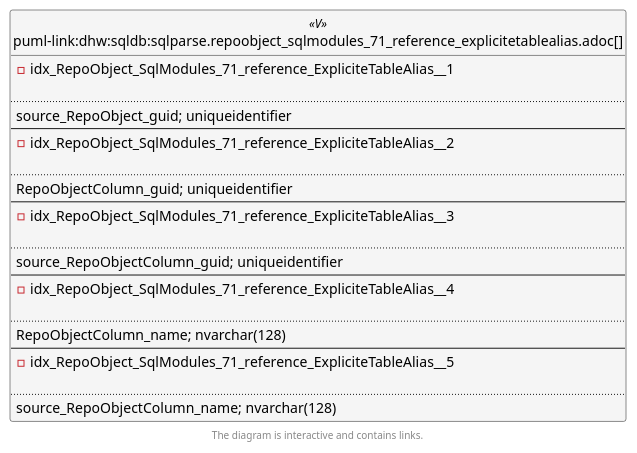
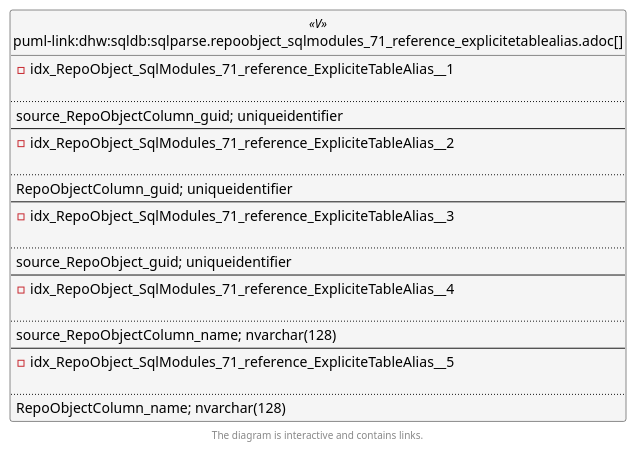
Before and after one commit to DataHandwerk/dhw-antora-sqldb: the second of 6 diagrams in docs/modules/sqldb/partials/content/sqlparse.repoobject_sqlmodules_71_reference_explicitetablealias.adoc, drawn with PlantUML. The commit also changed other lines of this file and 701 other files, not shown here.

```diff
--- a/docs/modules/sqldb/partials/content/sqlparse.repoobject_sqlmodules_71_reference_explicitetablealias.adoc
+++ b/docs/modules/sqldb/partials/content/sqlparse.repoobject_sqlmodules_71_reference_explicitetablealias.adoc
@@ -801,63 +801,63 @@
 [plantuml, entity_1_1_fk-{docname}, svg, subs=macros]
 ....
 @startuml
 left to right direction
 'top to bottom direction
 hide circle
 'avoide "." issues:
 set namespaceSeparator none
 
 
 skinparam class {
   BackgroundColor White
   BackgroundColor<<FN>> Yellow
   BackgroundColor<<FS>> Yellow
   BackgroundColor<<FT>> LightGray
   BackgroundColor<<IF>> Yellow
   BackgroundColor<<IS>> Yellow
   BackgroundColor<<P>>  Aqua
   BackgroundColor<<PC>> Aqua
   BackgroundColor<<SN>> Yellow
   BackgroundColor<<SO>> SlateBlue
   BackgroundColor<<TF>> LightGray
   BackgroundColor<<TR>> Tomato
   BackgroundColor<<U>>  White
   BackgroundColor<<V>>  WhiteSmoke
   BackgroundColor<<X>>  Aqua
   BackgroundColor<<external>> AliceBlue
 }
 
 
 entity "puml-link:dhw:sqldb:sqlparse.repoobject_sqlmodules_71_reference_explicitetablealias.adoc[]" as sqlparse.RepoObject_SqlModules_71_reference_ExpliciteTableAlias << V >> {
 - idx_RepoObject_SqlModules_71_reference_ExpliciteTableAlias__1
 
 ..
-source_RepoObject_guid; uniqueidentifier
+source_RepoObjectColumn_guid; uniqueidentifier
 --
 - idx_RepoObject_SqlModules_71_reference_ExpliciteTableAlias__2
 
 ..
 RepoObjectColumn_guid; uniqueidentifier
 --
 - idx_RepoObject_SqlModules_71_reference_ExpliciteTableAlias__3
 
 ..
-source_RepoObjectColumn_guid; uniqueidentifier
+source_RepoObject_guid; uniqueidentifier
 --
 - idx_RepoObject_SqlModules_71_reference_ExpliciteTableAlias__4
 
 ..
-RepoObjectColumn_name; nvarchar(128)
+source_RepoObjectColumn_name; nvarchar(128)
 --
 - idx_RepoObject_SqlModules_71_reference_ExpliciteTableAlias__5
 
 ..
-source_RepoObjectColumn_name; nvarchar(128)
+RepoObjectColumn_name; nvarchar(128)
 }
 
 
 
 footer The diagram is interactive and contains links.
 
 @enduml
 ....
```
